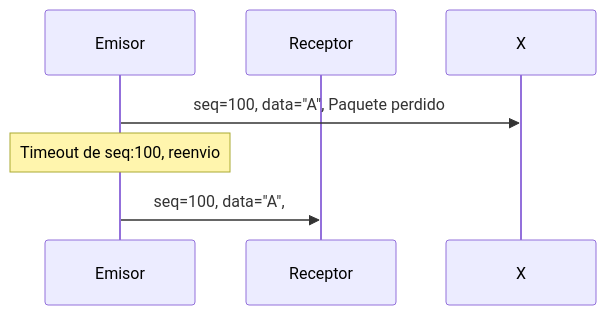
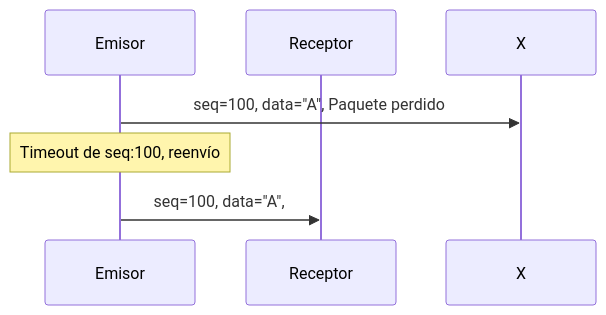
One commit to rrunix/jer_slides changed the ninth of 15 diagrams in ch1_p4_transport.qmd. Above: the diagram before and after it, drawn with Mermaid. The commit also changed other lines of this file and 11 other files, not shown here.

````diff
--- a/ch1_p4_transport.qmd
+++ b/ch1_p4_transport.qmd
@@ -407,10 +407,10 @@
 ```{mermaid}
 %%| fig-width: 6
 %%| fig-height: 4
 sequenceDiagram
     participant E as Emisor
     participant R as Receptor
     E ->> X: seq=100, data="A", Paquete perdido
-    Note over E: Timeout de seq:100, reenvio
+    Note over E: Timeout de seq:100, reenvío
     E ->> R: seq=100, data="A",
 ```
````
